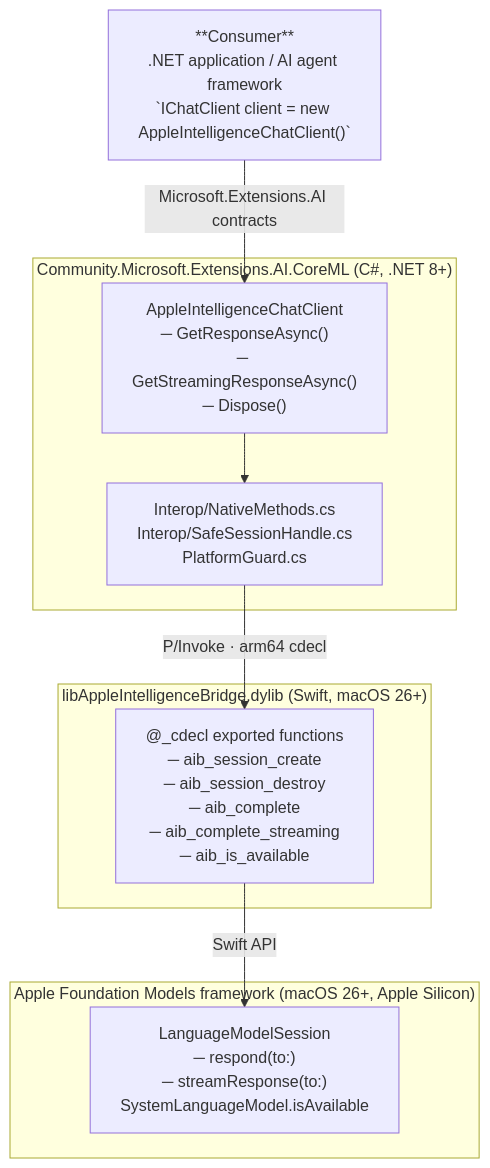
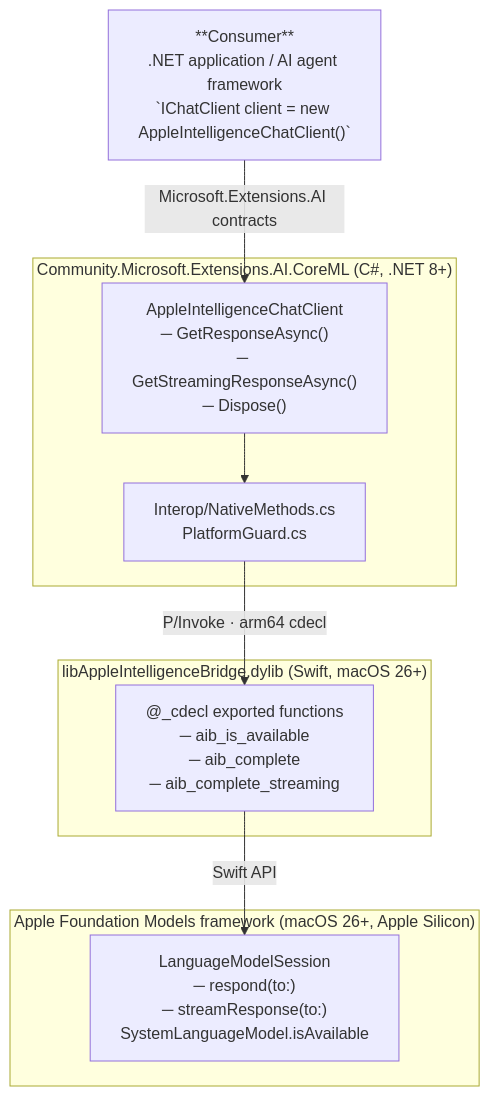
One commit to fvandepitte/Community.Microsoft.Extensions.AI.CoreML changed the diagram in docs/architecture.md. Above: the diagram before and after it, drawn with Mermaid. The commit also changed other lines of this file and 15 other files, not shown here.

````diff
--- a/docs/architecture.md
+++ b/docs/architecture.md
@@ -5,22 +5,22 @@
 ```mermaid
 flowchart TD
     Consumer["**Consumer**\n.NET application / AI agent framework\n`IChatClient client = new AppleIntelligenceChatClient()`"]
 
     subgraph dotnet["Community.Microsoft.Extensions.AI.CoreML  (C#, .NET 8+)"]
         ChatClient["AppleIntelligenceChatClient\n─ GetResponseAsync()\n─ GetStreamingResponseAsync()\n─ Dispose()"]
-        Interop["Interop/NativeMethods.cs\nInterop/SafeSessionHandle.cs\nPlatformGuard.cs"]
+        Interop["Interop/NativeMethods.cs\nPlatformGuard.cs"]
     end
 
     subgraph native["libAppleIntelligenceBridge.dylib  (Swift, macOS 26+)"]
-        Bridge["@_cdecl exported functions\n─ aib_session_create\n─ aib_session_destroy\n─ aib_complete\n─ aib_complete_streaming\n─ aib_is_available"]
+        Bridge["@_cdecl exported functions\n─ aib_is_available\n─ aib_complete\n─ aib_complete_streaming"]
     end
 
     subgraph apple["Apple Foundation Models framework  (macOS 26+, Apple Silicon)"]
         LMS["LanguageModelSession\n─ respond(to:)\n─ streamResponse(to:)\nSystemLanguageModel.isAvailable"]
     end
 
     Consumer -->|"Microsoft.Extensions.AI contracts"| ChatClient
     ChatClient --> Interop
     Interop -->|"P/Invoke  ·  arm64 cdecl"| Bridge
     Bridge -->|"Swift API"| LMS
 ```
````
